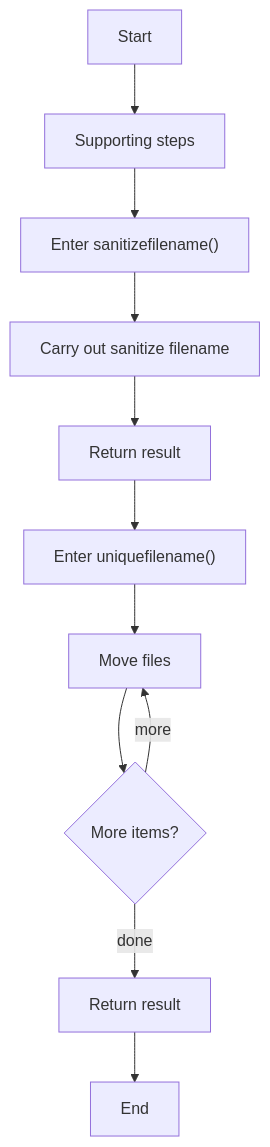
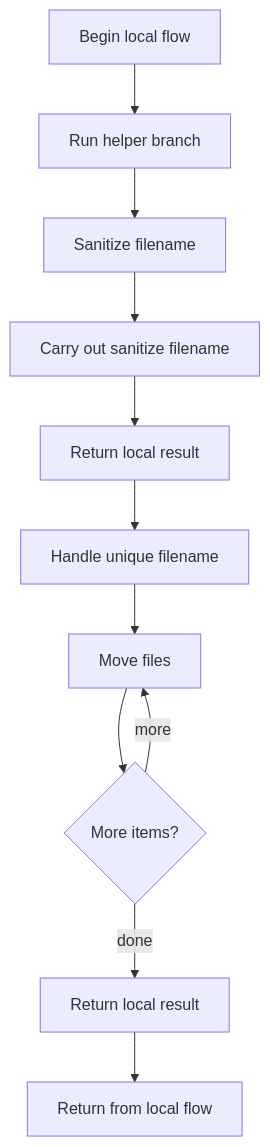
The first of 3 diagrams in docs/Codebase/Backend/src/utils/fileUtils.js.md (JohnAndrewBalbarosa/NeoTerritory), drawn with Mermaid before and after one commit. The commit also changed other lines of this file and 925 other files, not shown here.

````diff
--- a/docs/Codebase/Backend/src/utils/fileUtils.js.md
+++ b/docs/Codebase/Backend/src/utils/fileUtils.js.md
@@ -22,23 +21,23 @@
 ```mermaid
 flowchart TD
-    Start["Start"]
-    N0["Supporting steps"]
-    N1["Enter sanitizefilename()"]
+    Start["Begin local flow"]
+    N0["Run helper branch"]
+    N1["Sanitize filename"]
     N2["Carry out sanitize filename"]
-    N3["Return result"]
-    N4["Enter uniquefilename()"]
+    N3["Return local result"]
+    N4["Handle unique filename"]
     N5["Move files"]
     L5{"More items?"}
-    N6["Return result"]
-    End["End"]
+    N6["Return local result"]
+    End["Return from local flow"]
     Start --> N0
     N0 --> N1
     N1 --> N2
     N2 --> N3
     N3 --> N4
     N4 --> N5
     N5 --> L5
     L5 -->|more| N5
     L5 -->|done| N6
     N6 --> End
 ```
````
